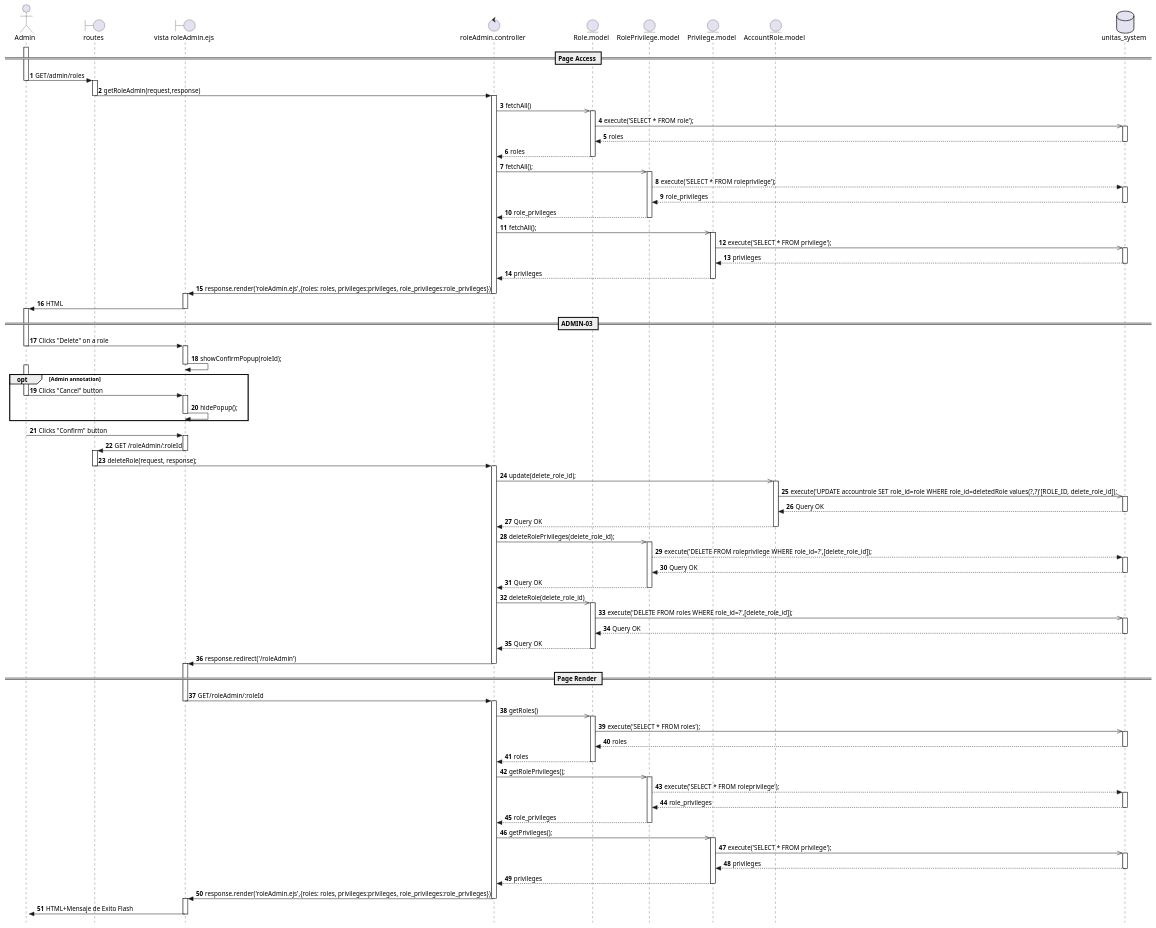
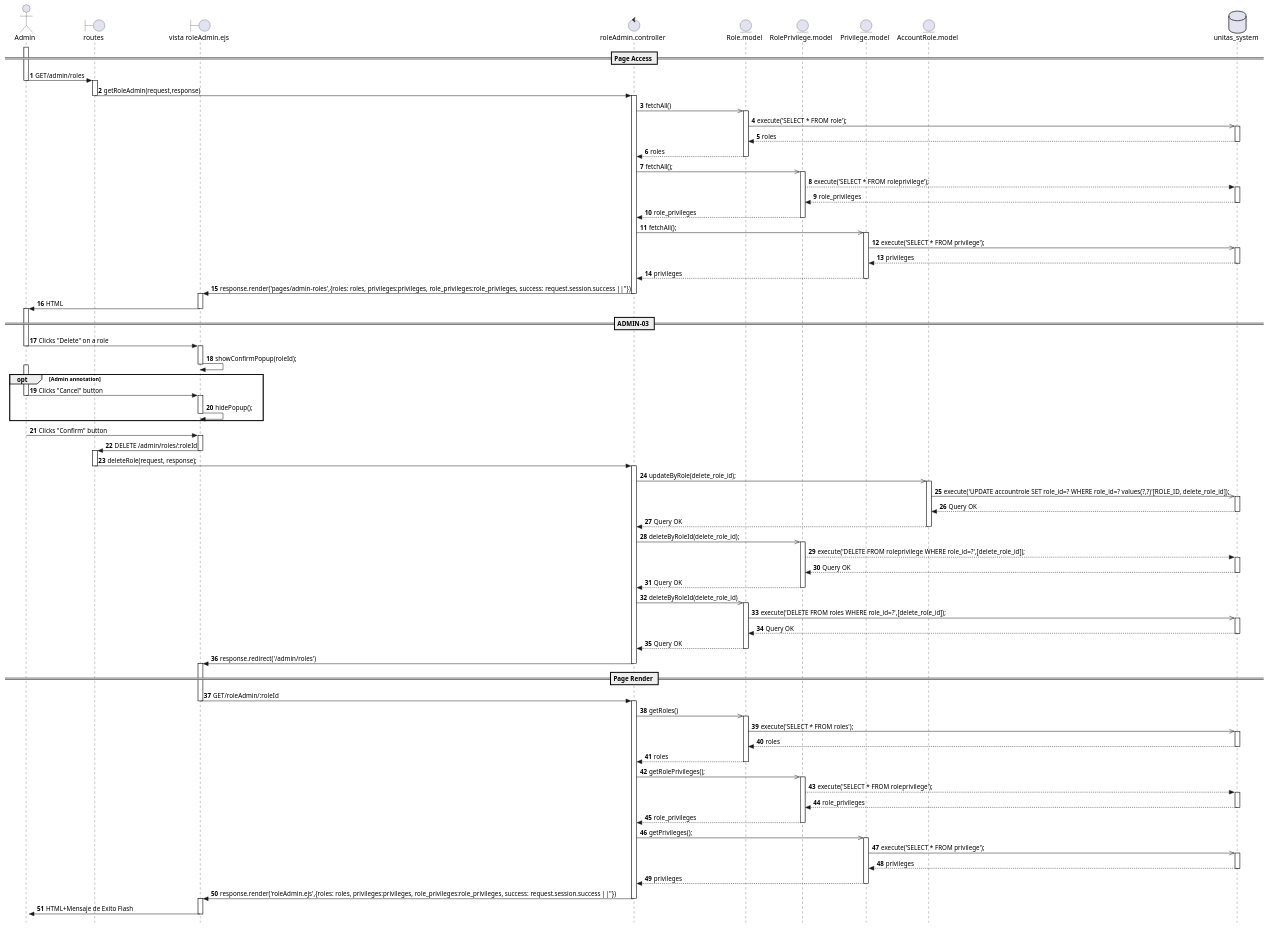
Before and after one commit to Berthou05/LimboSoftwareDevelopment_Change.org: the diagram in documentation/sequence_diagrams/ADMIN-03-SD.puml, drawn with PlantUML. The commit also changed 6 other files, not shown here.

Commit message:
[FEAT]: Completion of Role Administration Page Render and Role Deletion ADMIN-03 User Case Backend. Update of Role, Privilege, RolePrivilege and AccountRole models.

```diff
--- a/documentation/sequence_diagrams/ADMIN-03-SD.puml
+++ b/documentation/sequence_diagrams/ADMIN-03-SD.puml
@@ -1,145 +1,145 @@
 @startuml
 skinparam style strictuml
 
 actor Admin as A   
 boundary "routes" as RO
 boundary "vista roleAdmin.ejs" as V
 control "roleAdmin.controller" as C
 entity "Role.model" as R
 entity "RolePrivilege.model" as RP
 entity "Privilege.model" as P
 entity "AccountRole.model" as AR
 database "unitas_system" as BD
 autonumber
 
 activate A
 == Page Access ==
 
 A -> RO:GET/admin/roles
 deactivate A
     activate RO
     RO -> C:getRoleAdmin(request,response)
     deactivate RO
         activate C
         C ->> R:fetchAll()
             activate R
             R->>BD:execute('SELECT * FROM role');
                 activate BD
                 BD-->R:roles
                 deactivate BD
             R-->C:roles
             deactivate R
         C->>RP:fetchAll();
             activate RP
             RP-->BD:execute('SELECT * FROM roleprivilege');
                 activate BD
                 BD-->RP:role_privileges
                 deactivate BD
             RP-->C:role_privileges
             deactivate RP
         C->>P:fetchAll();
             activate P
             P->>BD:execute('SELECT * FROM privilege');
                 activate BD
                 BD-->P:privileges
                 deactivate BD
             P-->C:privileges
             deactivate P
-            C->V: response.render('roleAdmin.ejs',{roles: roles, privileges:privileges, role_privileges:role_privileges})
+            C->V: response.render('pages/admin-roles',{roles: roles, privileges:privileges, role_privileges:role_privileges, success: request.session.success ||''})
         deactivate C
     activate V
     V->A:HTML
     deactivate V
 activate A
 == ADMIN-03 ==
 A->V:Clicks "Delete" on a role
 deactivate A
     activate V
     V->V:showConfirmPopup(roleId);
     deactivate V
 
 activate A
 opt Admin annotation
 A->V:Clicks "Cancel" button
 deactivate A
     activate V
     V->V:hidePopup();
     deactivate V
 end
 activate A
 
 A->V:Clicks "Confirm" button
 deactivate A
     activate V
-    V->RO: GET /roleAdmin/:roleId
+    V->RO: DELETE /admin/roles/:roleId
     deactivate V
         activate RO
         RO->C:deleteRole(request, response);
         deactivate RO
             activate C
-                C->>AR:update(delete_role_id);
+                C->>AR:updateByRole(delete_role_id);
                 activate AR    
-                    AR->>BD:execute('UPDATE accountrole SET role_id=role WHERE role_id=deletedRole values(?,?)'[ROLE_ID, delete_role_id]);
+                    AR->>BD:execute('UPDATE accountrole SET role_id=? WHERE role_id=? values(?,?)'[ROLE_ID, delete_role_id]);
                     activate BD
                     BD-->AR:Query OK
                     deactivate BD
                 AR-->C:Query OK
                 deactivate AR
 
-                C->>RP:deleteRolePrivileges(delete_role_id);
+                C->>RP:deleteByRoleId(delete_role_id);
                     activate RP
                     RP-->BD:execute('DELETE FROM roleprivilege WHERE role_id=?',[delete_role_id]);
                         activate BD
                         BD-->RP:Query OK
                         deactivate BD
                     RP-->C:Query OK
                     deactivate RP
 
-                C ->> R:deleteRole(delete_role_id)
+                C ->> R:deleteByRoleId(delete_role_id)
                     activate R
                     R->>BD:execute('DELETE FROM roles WHERE role_id=?',[delete_role_id]);
                         activate BD
                         BD-->R:Query OK
                         deactivate BD
                     R-->C:Query OK
                     deactivate R
-                C->V:response.redirect('/roleAdmin')
+                C->V:response.redirect('/admin/roles')
                 deactivate C
             activate V
             == Page Render ==
             V->C: GET/roleAdmin/:roleId
             deactivate V 
                 activate C 
                 
                 C ->> R:getRoles()
                     activate R
                     R->>BD:execute('SELECT * FROM roles');
                         activate BD
                         BD-->R:roles
                         deactivate BD
                     R-->C:roles
                     deactivate R
                 C->>RP:getRolePrivileges();
                     activate RP
                     RP-->BD:execute('SELECT * FROM roleprivilege');
                         activate BD
                         BD-->RP:role_privileges
                         deactivate BD
                     RP-->C:role_privileges
                     deactivate RP
                 C->>P:getPrivileges();
                     activate P
                     P->>BD:execute('SELECT * FROM privilege');
                         activate BD
                         BD-->P:privileges
                         deactivate BD
                     P-->C:privileges
                     deactivate P
-                C->V: response.render('roleAdmin.ejs',{roles: roles, privileges:privileges, role_privileges:role_privileges})
+                C->V: response.render('roleAdmin.ejs',{roles: roles, privileges:privileges, role_privileges:role_privileges, success: request.session.success ||''})
                 deactivate C
             activate V
             V->A:HTML+Mensaje de Exito Flash
             deactivate V
 activate A
 
 @enduml
```
